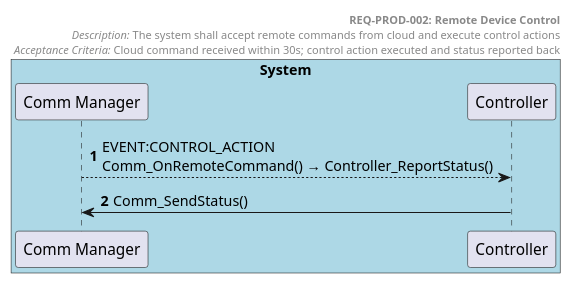
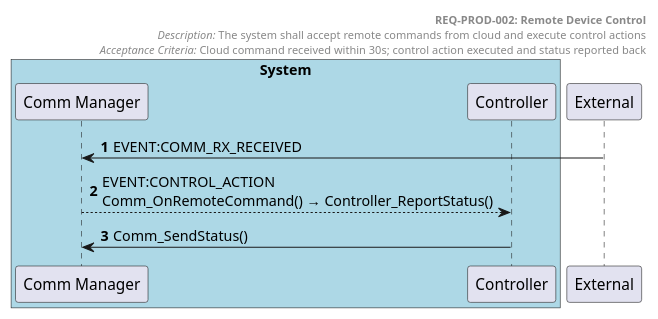
Before and after one commit to tvanfossen/doxygen-guard-example: the diagram in docs/generated/sequences/REQ-PROD-002.puml, drawn with PlantUML. The commit also changed 18 other files, not shown here.

First line of the commit message:
Add provisioning example, regenerate all diagrams with AST pipeline

```diff
--- a/docs/generated/sequences/REQ-PROD-002.puml
+++ b/docs/generated/sequences/REQ-PROD-002.puml
@@ -1,19 +1,20 @@
 @startuml REQ-PROD-002 Remote Device Control
 autonumber
 
 box "System" #LightBlue
   participant "Comm Manager" as Comm_Manager
   participant "Controller" as Controller
 end box
 
 header
   **REQ-PROD-002: Remote Device Control**
   //Description:// The system shall accept remote commands from cloud and execute control actions
   //Acceptance Criteria:// Cloud command received within 30s; control action executed and status reported back
 end header
 
 
+External -> Comm_Manager: EVENT:COMM_RX_RECEIVED
 Comm_Manager --> Controller: EVENT:CONTROL_ACTION\nComm_OnRemoteCommand() → Controller_ReportStatus()
 Controller -> Comm_Manager: Comm_SendStatus()
 
 @enduml
```
